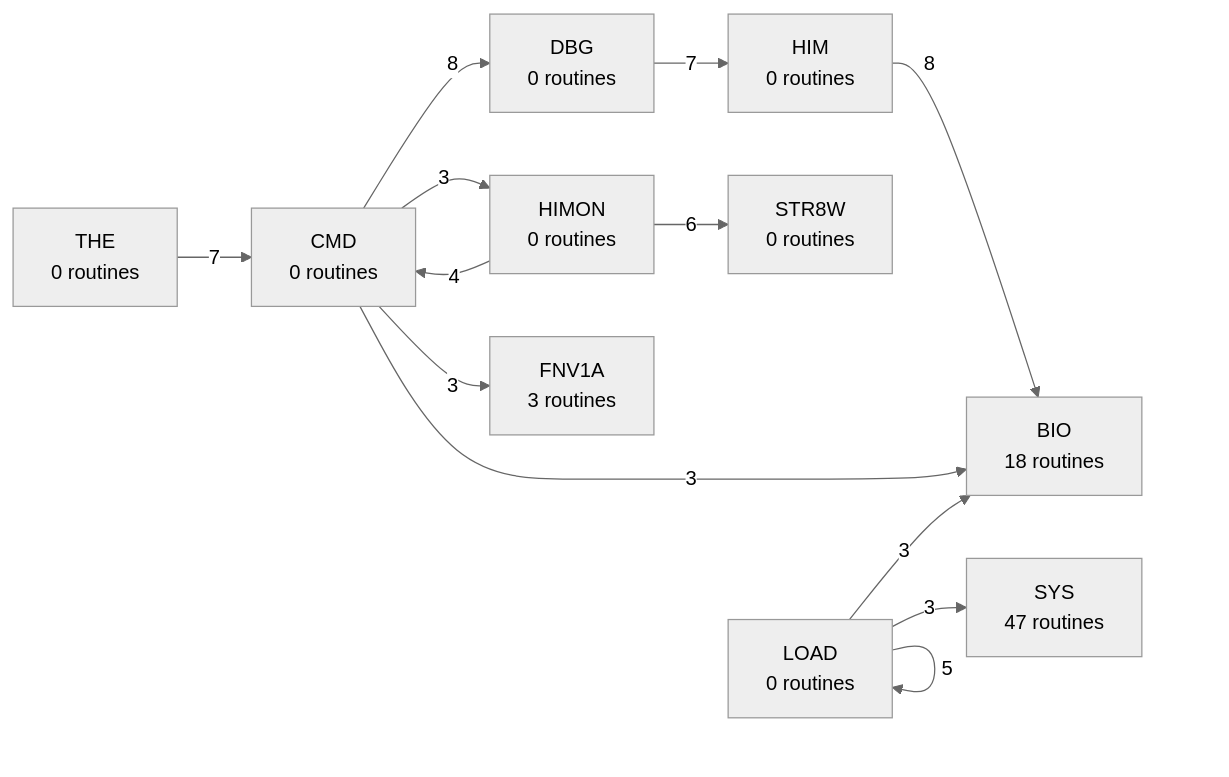
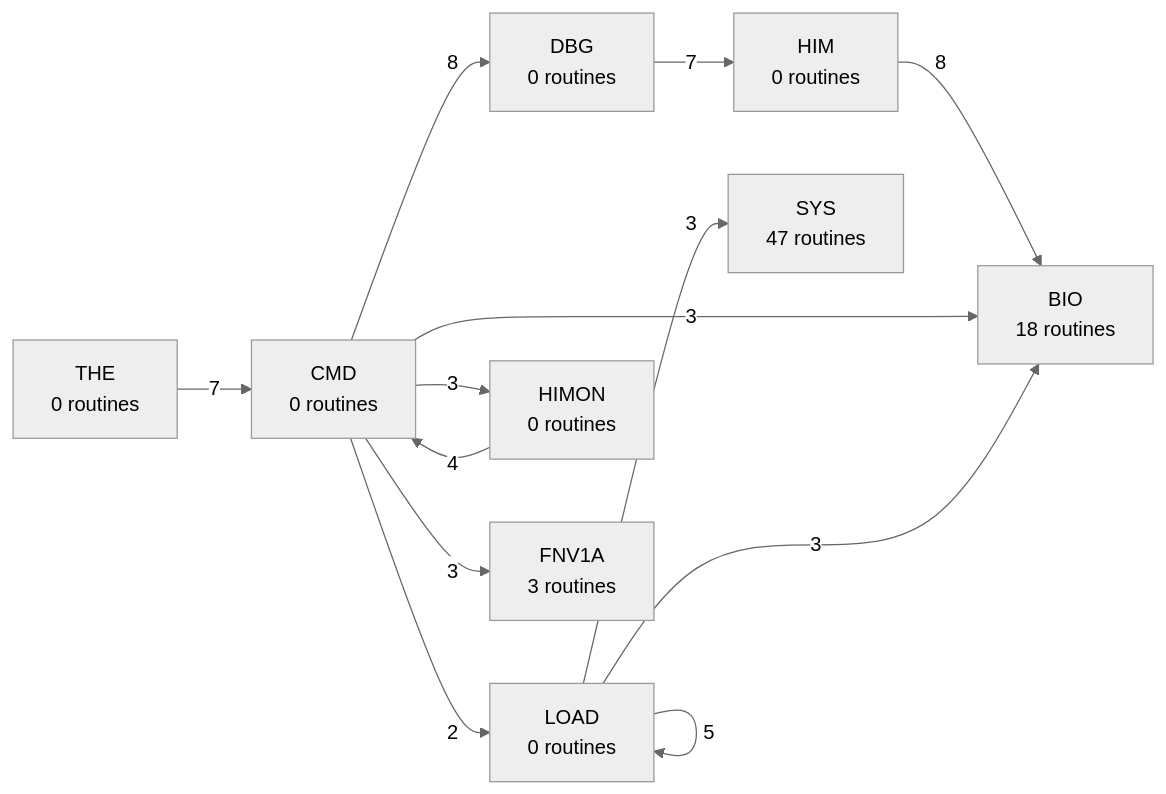
One commit to 95westus/R-YORS changed the third of 6 diagrams in DOC/GENERATED/ROUTINE_PREFIX_MAP.md. Above: the diagram before and after it, drawn with Mermaid (neutral theme). The commit also changed other lines of this file and 40 other files, not shown here.

````diff
--- a/DOC/GENERATED/ROUTINE_PREFIX_MAP.md
+++ b/DOC/GENERATED/ROUTINE_PREFIX_MAP.md
@@ -46,15 +46,15 @@
 ```mermaid
 flowchart LR
     P_CMD["CMD<br/>0 routines"] -->|8| P_DBG["DBG<br/>0 routines"]
     P_HIM["HIM<br/>0 routines"] -->|8| P_BIO["BIO<br/>18 routines"]
     P_DBG["DBG<br/>0 routines"] -->|7| P_HIM["HIM<br/>0 routines"]
     P_THE["THE<br/>0 routines"] -->|7| P_CMD["CMD<br/>0 routines"]
-    P_HIMON["HIMON<br/>0 routines"] -->|6| P_STR8W["STR8W<br/>0 routines"]
     P_LOAD["LOAD<br/>0 routines"] -->|5| P_LOAD["LOAD<br/>0 routines"]
     P_HIMON["HIMON<br/>0 routines"] -->|4| P_CMD["CMD<br/>0 routines"]
     P_CMD["CMD<br/>0 routines"] -->|3| P_BIO["BIO<br/>18 routines"]
     P_CMD["CMD<br/>0 routines"] -->|3| P_FNV1A["FNV1A<br/>3 routines"]
     P_CMD["CMD<br/>0 routines"] -->|3| P_HIMON["HIMON<br/>0 routines"]
     P_LOAD["LOAD<br/>0 routines"] -->|3| P_BIO["BIO<br/>18 routines"]
     P_LOAD["LOAD<br/>0 routines"] -->|3| P_SYS["SYS<br/>47 routines"]
+    P_CMD["CMD<br/>0 routines"] -->|2| P_LOAD["LOAD<br/>0 routines"]
 ```
````
